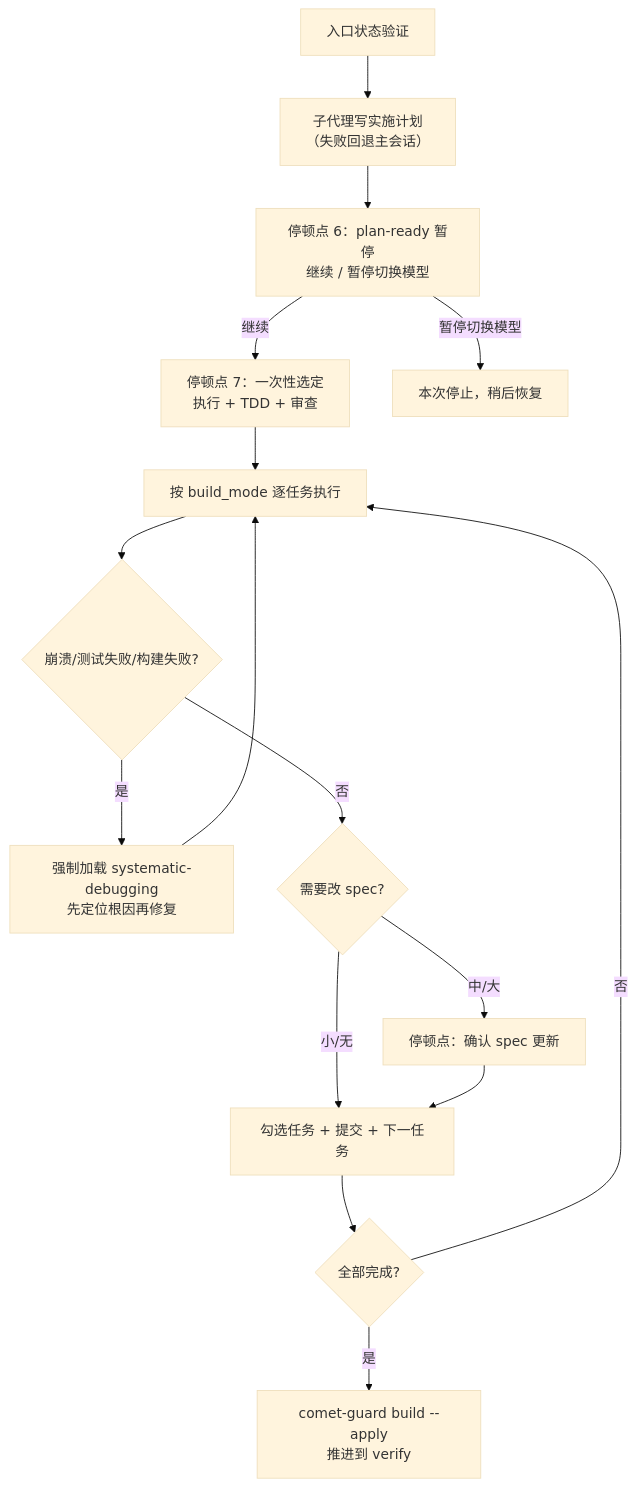
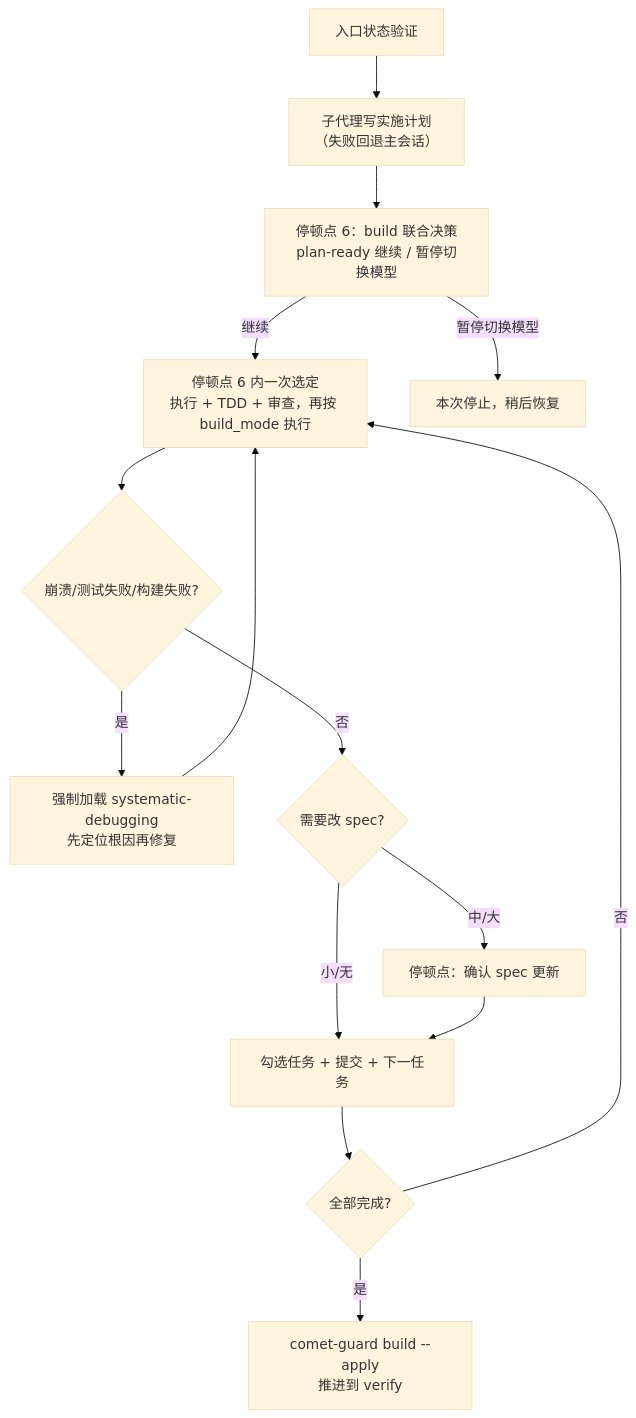
Before and after one commit to rpamis/comet-website-docs: the diagram in zh/phases/build.mdx, drawn with Mermaid (base theme). The commit also changed other lines of this file and 12 other files, not shown here.

````diff
--- a/zh/phases/build.mdx
+++ b/zh/phases/build.mdx
@@ -38,18 +38,17 @@
 ```mermaid
 flowchart TD
     Entry["入口状态验证"] --> S1["子代理写实施计划<br/>（失败回退主会话）"]
-    S1 --> Stop2["停顿点 6：plan-ready 暂停<br/>继续 / 暂停切换模型"]
-    Stop2 -->|继续| Stop3["停顿点 7：一次性选定<br/>执行 + TDD + 审查"]
+    S1 --> Stop2["停顿点 6：build 联合决策<br/>plan-ready 继续 / 暂停切换模型"]
+    Stop2 -->|继续| Exec["停顿点 6 内一次选定<br/>执行 + TDD + 审查，再按 build_mode 执行"]
     Stop2 -->|暂停切换模型| PauseDone["本次停止，稍后恢复"]
-    Stop3 --> Exec["按 build_mode 逐任务执行"]
     Exec --> Debug{"崩溃/测试失败/构建失败?"}
     Debug -->|是| DebugGate["强制加载 systematic-debugging<br/>先定位根因再修复"]
     DebugGate --> Exec
     Debug -->|否| SpecUpd{"需要改 spec?"}
     SpecUpd -->|中/大| SpecPause["停顿点：确认 spec 更新"]
     SpecUpd -->|小/无| TaskLoop["勾选任务 + 提交 + 下一任务"]
     SpecPause --> TaskLoop
     TaskLoop --> Done{"全部完成?"}
     Done -->|否| Exec
     Done -->|是| Exit["comet-guard build --apply<br/>推进到 verify"]
 ```
````
